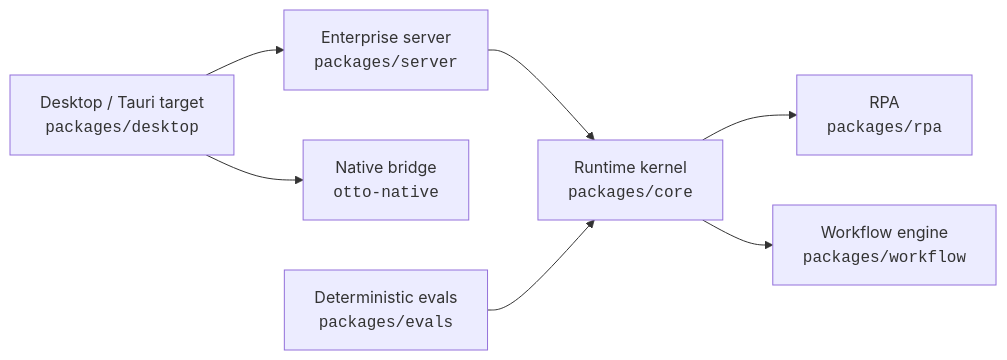
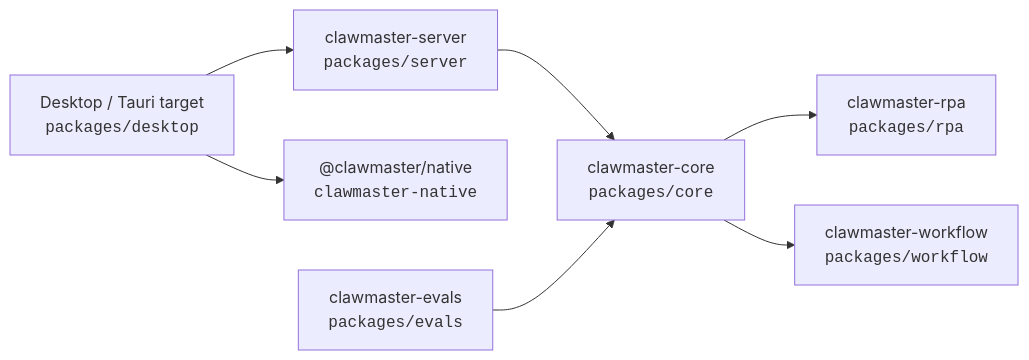
One commit to NSIETeam/ClawMaster changed the first of 4 diagrams in docs/code-map.md. Above: the diagram before and after it, drawn with Mermaid. The commit also changed 49 other files, not shown here.

Commit message:
feat: move beta desktop to native-local runtime

````diff
--- a/docs/code-map.md
+++ b/docs/code-map.md
@@ -8,16 +8,16 @@
 ```mermaid
 flowchart LR
-  p1["Runtime kernel<br/><code>packages/core</code>"]
-  p2["Enterprise server<br/><code>packages/server</code>"]
+  p1["clawmaster-core<br/><code>packages/core</code>"]
+  p2["clawmaster-server<br/><code>packages/server</code>"]
   p3["Desktop / Tauri target<br/><code>packages/desktop</code>"]
-  p4["Native bridge<br/><code>otto-native</code>"]
-  p5["Deterministic evals<br/><code>packages/evals</code>"]
-  p6["Workflow engine<br/><code>packages/workflow</code>"]
-  p7["RPA<br/><code>packages/rpa</code>"]
+  p4["@clawmaster/native<br/><code>clawmaster-native</code>"]
+  p5["clawmaster-evals<br/><code>packages/evals</code>"]
+  p6["clawmaster-workflow<br/><code>packages/workflow</code>"]
+  p7["clawmaster-rpa<br/><code>packages/rpa</code>"]
   p1 --> p7
   p1 --> p6
   p2 --> p1
   p3 --> p4
   p3 --> p2
   p5 --> p1
 ```
````
